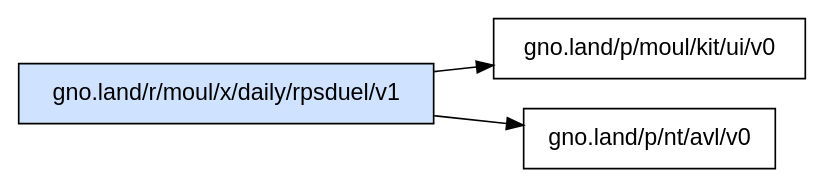
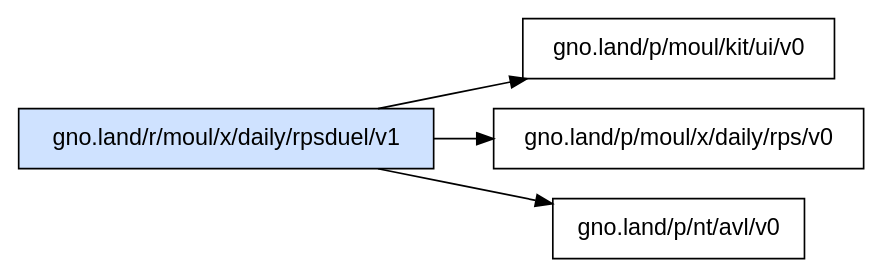
Before and after one commit to moul/gno-contracts: the diagram in _assets/gno.land/r/moul/x/daily/rpsduel/v1/deps.dot, drawn with Graphviz. The commit also changed 23 other files, not shown here.

Commit message:
chore: regenerate catalog, graphs and on-chain status [skip ci]

```diff
--- a/_assets/gno.land/r/moul/x/daily/rpsduel/v1/deps.dot
+++ b/_assets/gno.land/r/moul/x/daily/rpsduel/v1/deps.dot
@@ -1,7 +1,8 @@
 digraph deps {
   rankdir=LR;
   node [shape=box, fontname="sans-serif"];
   "gno.land/r/moul/x/daily/rpsduel/v1" [style=filled, fillcolor="#cfe2ff"];
   "gno.land/r/moul/x/daily/rpsduel/v1" -> "gno.land/p/moul/kit/ui/v0";
+  "gno.land/r/moul/x/daily/rpsduel/v1" -> "gno.land/p/moul/x/daily/rps/v0";
   "gno.land/r/moul/x/daily/rpsduel/v1" -> "gno.land/p/nt/avl/v0";
 }
```
